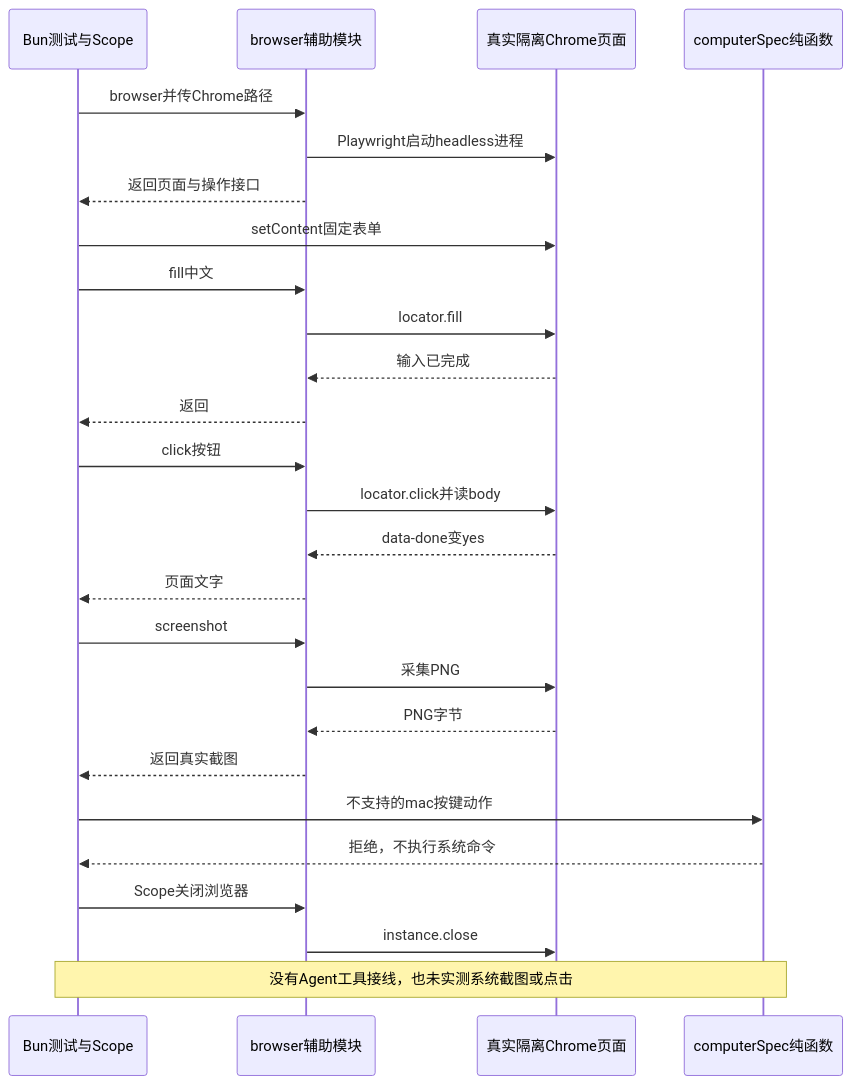
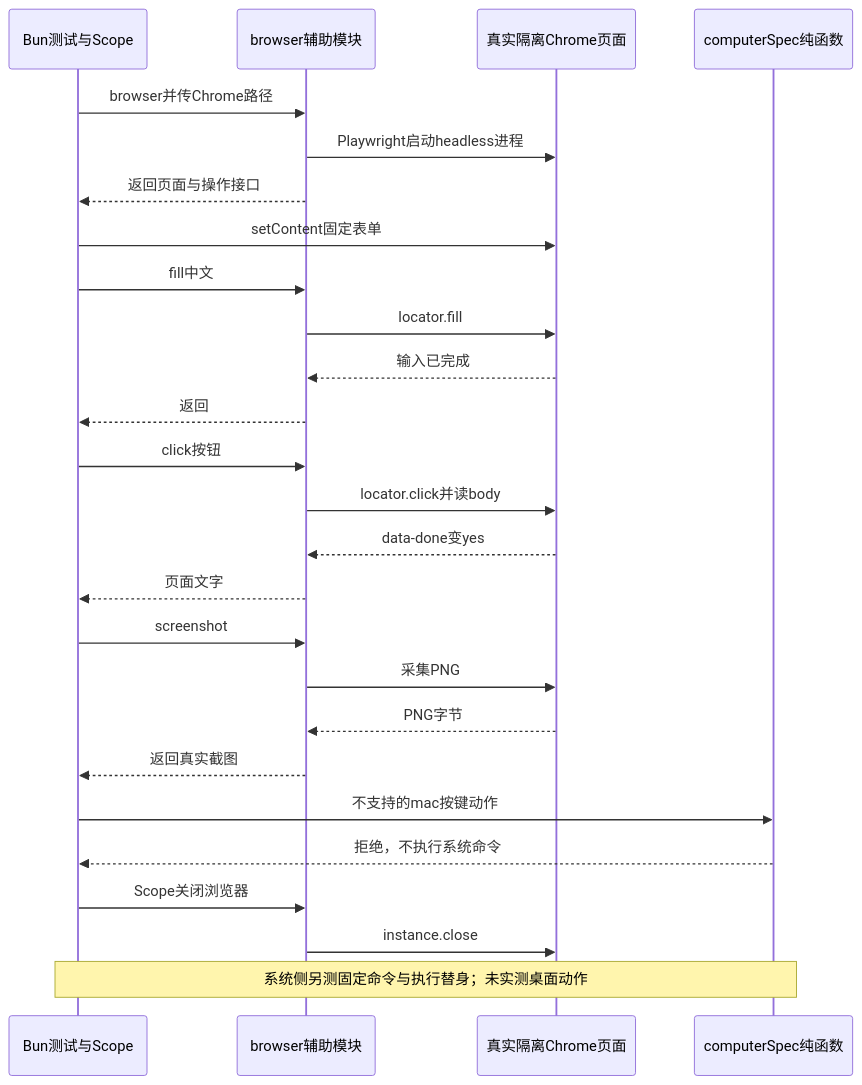
The first of 5 diagrams in tutorial/linear/lessons/059.md (dddddd889/deepseek-harness-demo), drawn with Mermaid before and after one commit. The commit also changed other lines of this file and 13 other files, not shown here.

````diff
--- a/tutorial/linear/lessons/059.md
+++ b/tutorial/linear/lessons/059.md
@@ -36,28 +37,28 @@
 ```mermaid
 sequenceDiagram
     participant T as Bun测试与Scope
     participant B as browser辅助模块
     participant C as 真实隔离Chrome页面
     participant S as computerSpec纯函数
     T->>B: browser并传Chrome路径
     B->>C: Playwright启动headless进程
     B-->>T: 返回页面与操作接口
     T->>C: setContent固定表单
     T->>B: fill中文
     B->>C: locator.fill
     C-->>B: 输入已完成
     B-->>T: 返回
     T->>B: click按钮
     B->>C: locator.click并读body
     C-->>B: data-done变yes
     B-->>T: 页面文字
     T->>B: screenshot
     B->>C: 采集PNG
     C-->>B: PNG字节
     B-->>T: 返回真实截图
     T->>S: 不支持的mac按键动作
     S-->>T: 拒绝，不执行系统命令
     T->>B: Scope关闭浏览器
     B->>C: instance.close
-    Note over T,S: 没有Agent工具接线，也未实测系统截图或点击
+    Note over T,S: 系统侧另测固定命令与执行替身；未实测桌面动作
 ```
````
